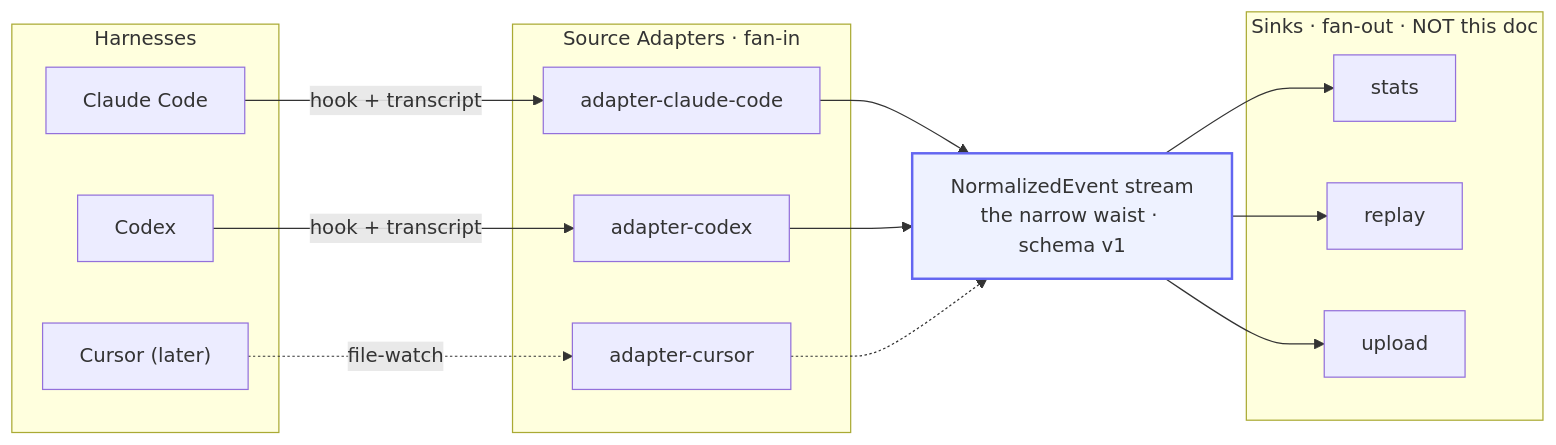
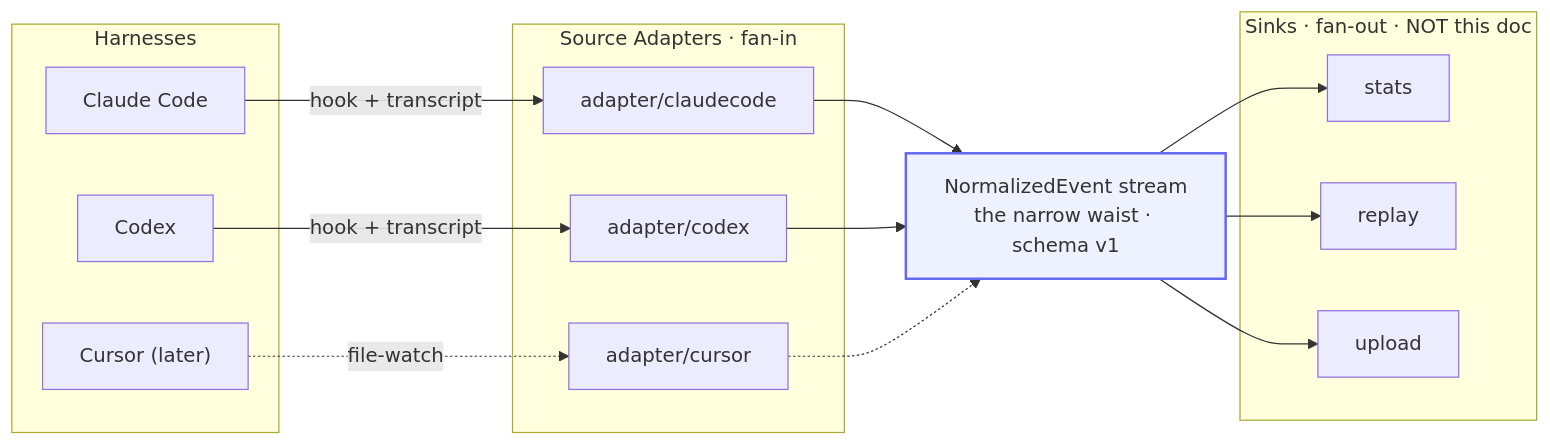
One commit to Atharva-Kanherkar/proofswe changed the first of 5 diagrams in docs/CAPTURE.md. Above: the diagram before and after it, drawn with Mermaid. The commit also changed other lines of this file and 1 other file, not shown here.

````diff
--- a/docs/CAPTURE.md
+++ b/docs/CAPTURE.md
@@ -40,30 +52,30 @@
 ```mermaid
 flowchart LR
     subgraph H["Harnesses"]
         CC["Claude Code"]
         CX["Codex"]
         CR["Cursor (later)"]
     end
     subgraph A["Source Adapters · fan-in"]
-        ACC["adapter-claude-code"]
-        ACX["adapter-codex"]
-        ACR["adapter-cursor"]
+        ACC["adapter/claudecode"]
+        ACX["adapter/codex"]
+        ACR["adapter/cursor"]
     end
     W["NormalizedEvent stream<br/>the narrow waist · schema v1"]
     subgraph S["Sinks · fan-out · NOT this doc"]
         ST["stats"]
         RP["replay"]
         UP["upload"]
     end
     CC -->|hook + transcript| ACC
     CX -->|hook + transcript| ACX
     CR -.->|file-watch| ACR
     ACC --> W
     ACX --> W
     ACR -.-> W
     W --> ST
     W --> RP
     W --> UP
     classDef waist fill:#eef2ff,stroke:#6366f1,stroke-width:2px;
     class W waist;
 ```
````
